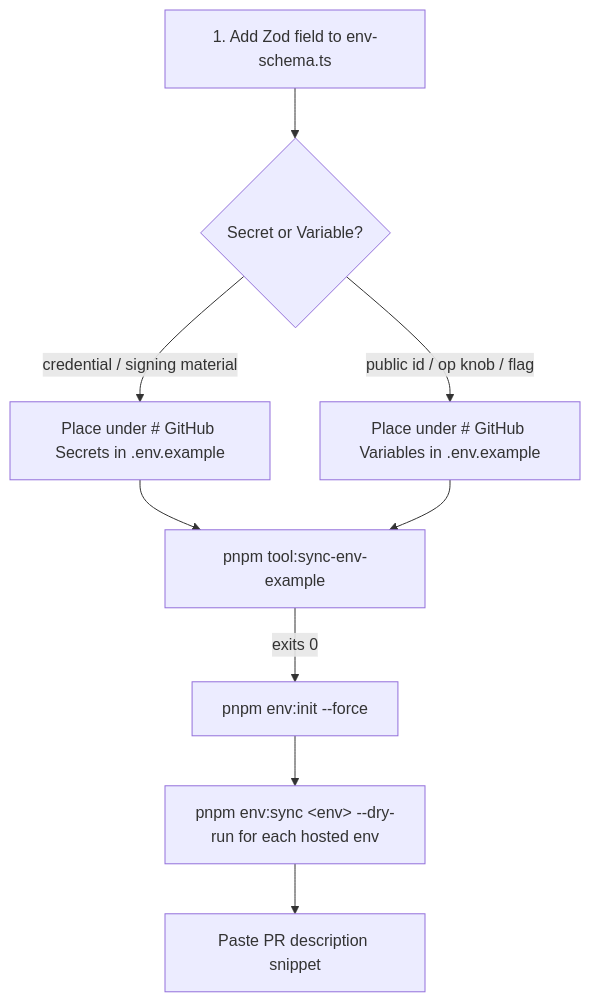
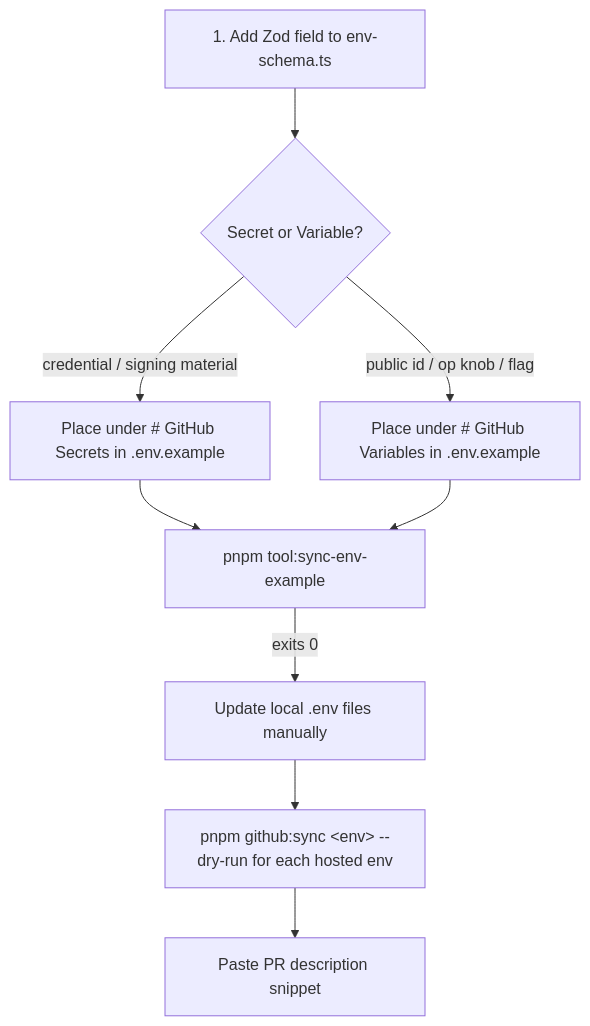
One commit to nikunjmavani/core-be changed the second of 2 diagrams in docs/deployment/runbooks/environment-variables.md. Above: the diagram before and after it, drawn with Mermaid. The commit also changed other lines of this file and 117 other files, not shown here.

````diff
--- a/docs/deployment/runbooks/environment-variables.md
+++ b/docs/deployment/runbooks/environment-variables.md
@@ -114,11 +115,11 @@
 ```mermaid
 flowchart TB
   A[1. Add Zod field to env-schema.ts] --> B{Secret or Variable?}
   B -- credential / signing material --> C[Place under # GitHub Secrets in .env.example]
   B -- public id / op knob / flag --> D[Place under # GitHub Variables in .env.example]
   C --> E[pnpm tool:sync-env-example]
   D --> E
-  E -- exits 0 --> F[pnpm env:init --force]
-  F --> G[pnpm env:sync &lt;env&gt; --dry-run for each hosted env]
+  E -- exits 0 --> F[Update local .env files manually]
+  F --> G[pnpm github:sync &lt;env&gt; --dry-run for each hosted env]
   G --> H[Paste PR description snippet]
 ```
````
